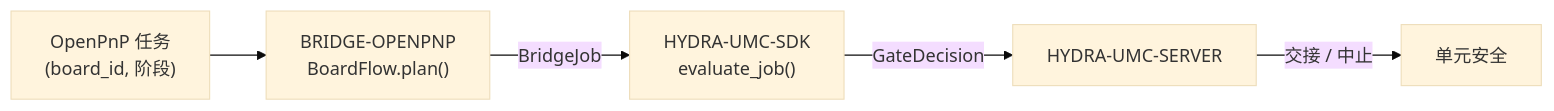
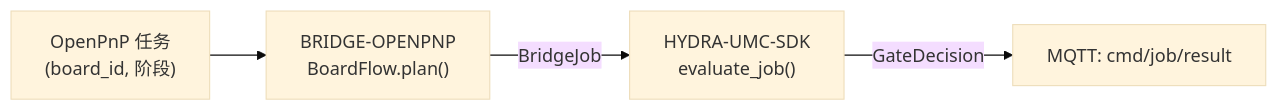
Before and after one commit to JuanenRac/HYDRA-UMC-BRIDGE-OPENPNP: the diagram in README_zho.md, drawn with Mermaid (base theme). The commit also changed other lines of this file and 22 other files, not shown here.

````diff
--- a/README_zho.md
+++ b/README_zho.md
@@ -50,7 +51,6 @@
 ```mermaid
 flowchart LR
     JOB["OpenPnP 任务<br/>(board_id, 阶段)"] --> BRIDGE["BRIDGE-OPENPNP<br/>BoardFlow.plan()"]
     BRIDGE -- BridgeJob --> SDK["HYDRA-UMC-SDK<br/>evaluate_job()"]
-    SDK -- GateDecision --> SERVER["HYDRA-UMC-SERVER"]
-    SERVER -- "交接 / 中止" --> CELL["单元安全"]
+    SDK -- GateDecision --> RESULT["MQTT: cmd/job/result"]
 ```
````
